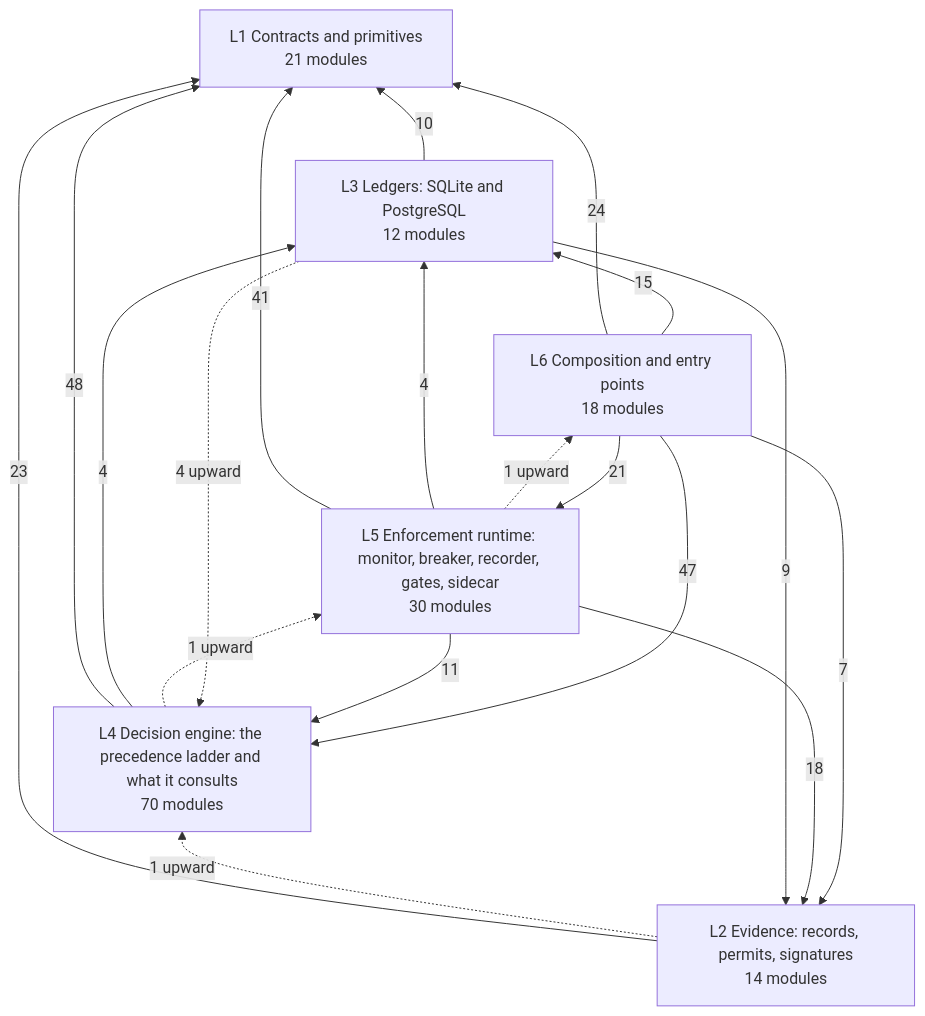
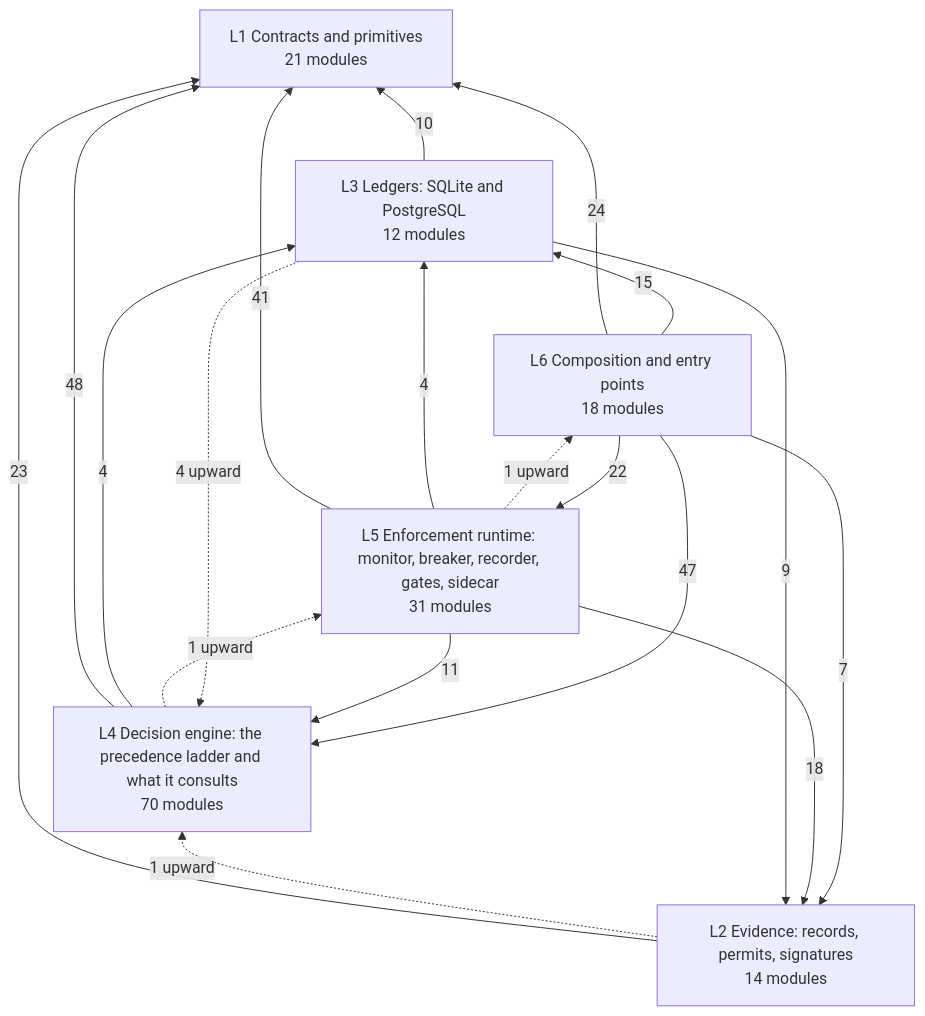
One commit to LOLA0786/privatevault-agent-dna changed the diagram in docs/architecture/DEPENDENCIES.md. Above: the diagram before and after it, drawn with Mermaid. The commit also changed other lines of this file and 21 other files, not shown here.

````diff
--- a/docs/architecture/DEPENDENCIES.md
+++ b/docs/architecture/DEPENDENCIES.md
@@ -12,27 +12,27 @@
 ```mermaid
 flowchart BT
   L1["L1 Contracts and primitives<br/>21 modules"]
   L2["L2 Evidence: records, permits, signatures<br/>14 modules"]
   L3["L3 Ledgers: SQLite and PostgreSQL<br/>12 modules"]
   L4["L4 Decision engine: the precedence ladder and what it consults<br/>70 modules"]
-  L5["L5 Enforcement runtime: monitor, breaker, recorder, gates, sidecar<br/>30 modules"]
+  L5["L5 Enforcement runtime: monitor, breaker, recorder, gates, sidecar<br/>31 modules"]
   L6["L6 Composition and entry points<br/>18 modules"]
   L2 -->|23| L1
   L3 -->|10| L1
   L3 -->|9| L2
   L4 -->|48| L1
   L4 -->|4| L3
   L5 -->|41| L1
   L5 -->|18| L2
   L5 -->|4| L3
   L5 -->|11| L4
   L6 -->|24| L1
   L6 -->|7| L2
   L6 -->|15| L3
   L6 -->|47| L4
-  L6 -->|21| L5
+  L6 -->|22| L5
   L2 -.->|1 upward| L4
   L3 -.->|4 upward| L4
   L4 -.->|1 upward| L5
   L5 -.->|1 upward| L6
 ```
````
